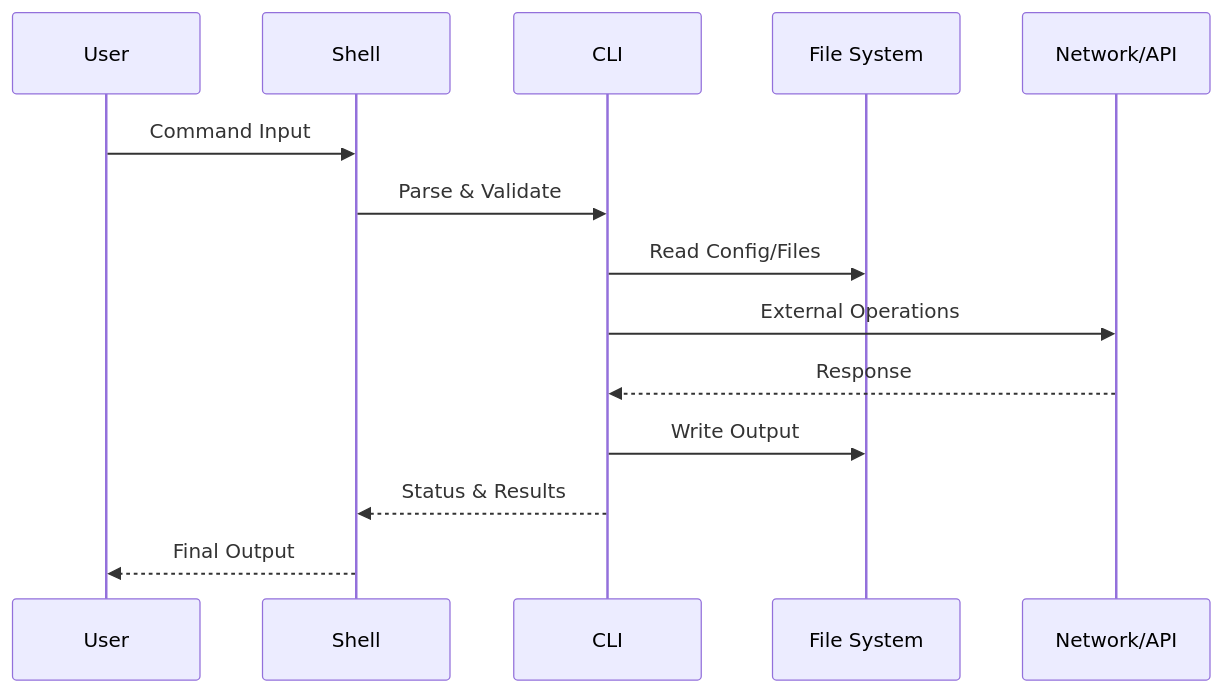
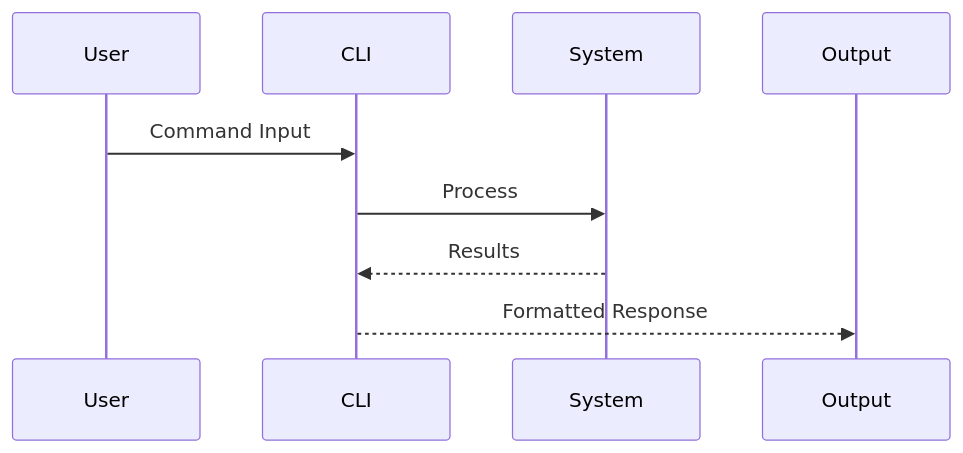
One commit to xincheng213618/OpenDeepWiki changed the second of 6 diagrams in src/KoalaWiki/Prompts/Warehouse/GenerateDocsCLITools.md. Above: the diagram before and after it, drawn with Mermaid. The commit also changed other lines of this file and 8 other files, not shown here.

````diff
--- a/src/KoalaWiki/Prompts/Warehouse/GenerateDocsCLITools.md
+++ b/src/KoalaWiki/Prompts/Warehouse/GenerateDocsCLITools.md
@@ -85,17 +97,11 @@
 ```mermaid
 sequenceDiagram
-    participant U as User
-    participant S as Shell
-    participant C as CLI
-    participant FS as File System
-    participant NET as Network/API
-    
-    U->>S: Command Input
-    S->>C: Parse & Validate
-    C->>FS: Read Config/Files
-    C->>NET: External Operations
-    NET-->>C: Response
-    C->>FS: Write Output
-    C-->>S: Status & Results
-    S-->>U: Final Output
+    participant User
+    participant CLI
+    participant System
+    participant Output
+    User->>CLI: Command Input
+    CLI->>System: Process
+    System-->>CLI: Results
+    CLI-->>Output: Formatted Response
 ```
````
